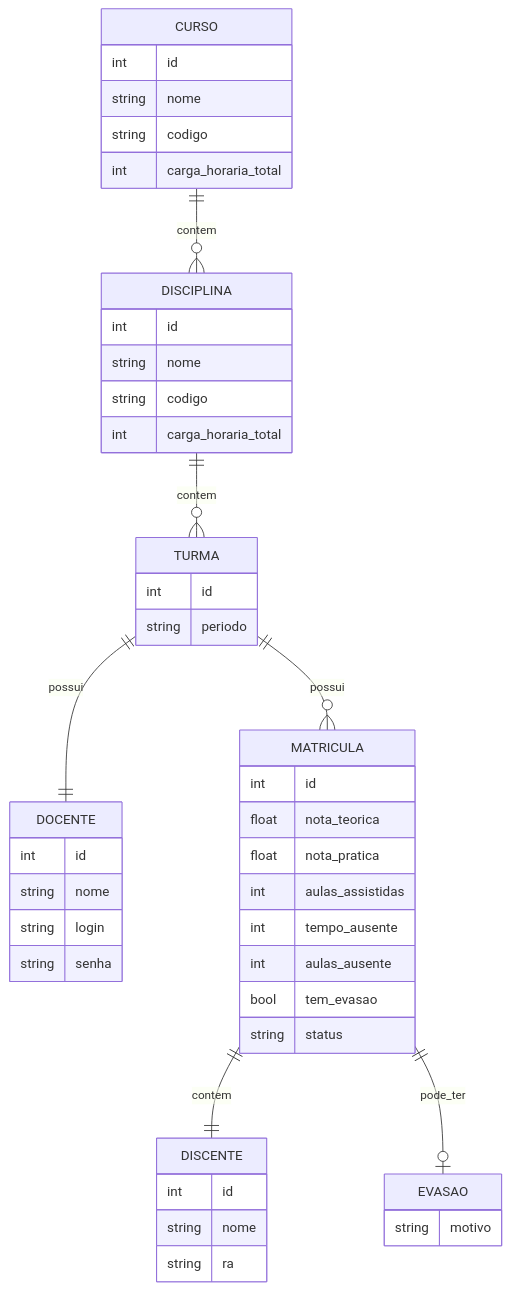
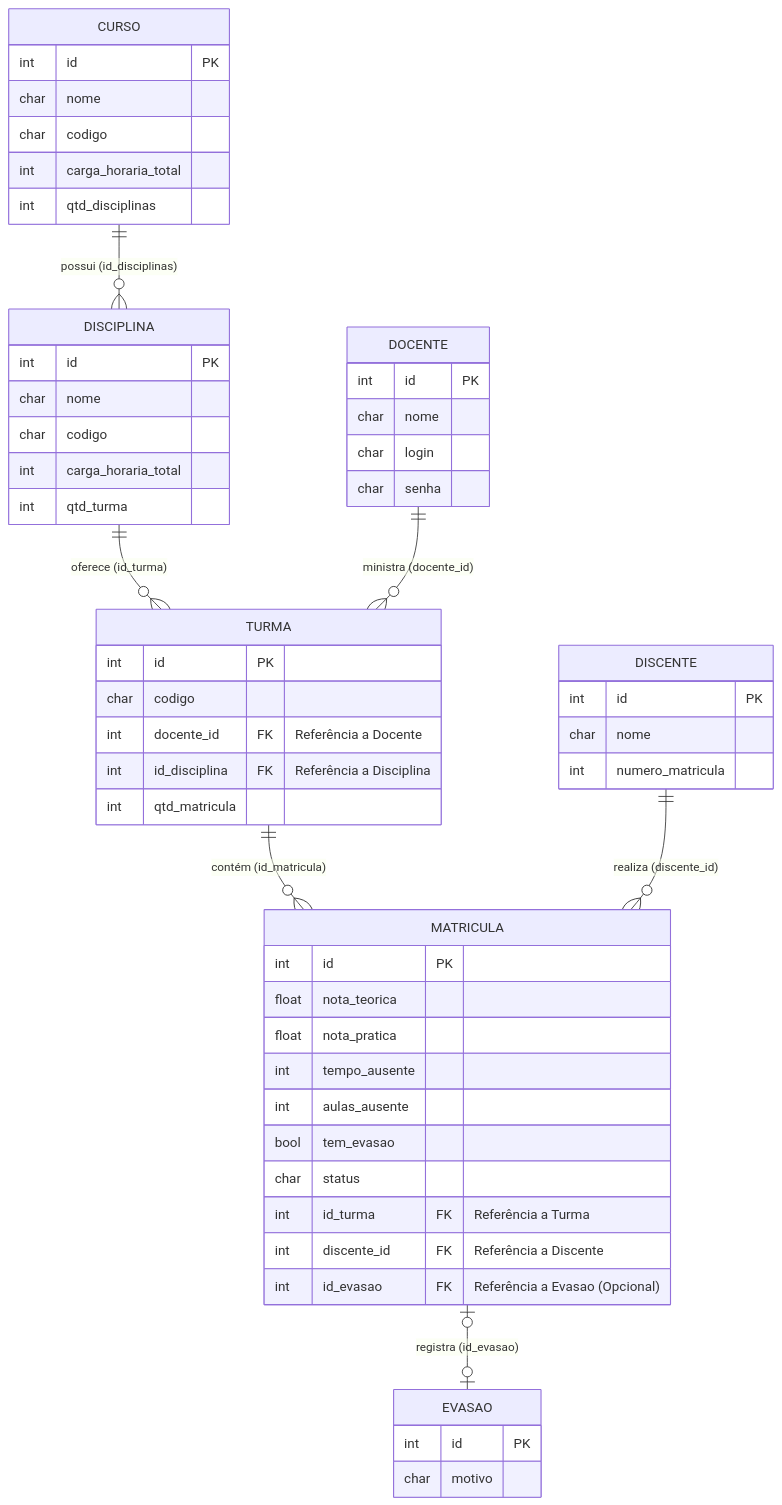
Before and after one commit to JVKW/DiagEPT_LP: the diagram in README.md, drawn with Mermaid. The commit also changed other lines of this file and 1 other file, not shown here.

Commit message:
update do readme e diagrama

````diff
--- a/README.md
+++ b/README.md
@@ -20,56 +63,67 @@
 ```mermaid
 erDiagram
-    CURSO ||--o{ DISCIPLINA : contem
-    DISCIPLINA ||--o{ TURMA : contem
-    TURMA ||--|| DOCENTE : possui
-    TURMA ||--o{ MATRICULA : possui
-    MATRICULA ||--|| DISCENTE : contem
-    MATRICULA ||--o| EVASAO : pode_ter
+    CURSO {
+        int id PK
+        char nome
+        char codigo
+        int carga_horaria_total
+        int qtd_disciplinas
+    }
 
-    CURSO {
-        int id
-        string nome
-        string codigo
+    DISCIPLINA {
+        int id PK
+        char nome
+        char codigo
         int carga_horaria_total
+        int qtd_turma
     }
-    DISCIPLINA {
-        int id
-        string nome
-        string codigo
-        int carga_horaria_total
+
+    DOCENTE {
+        int id PK
+        char nome
+        char login
+        char senha
     }
 
     TURMA {
-        int id
-        string periodo
+        int id PK
+        char codigo
+        int docente_id FK "Referência a Docente"
+        int id_disciplina FK "Referência a Disciplina"
+        int qtd_matricula
     }
 
-    DOCENTE {
-        int id
-        string nome
-        string login
-        string senha
+    DISCENTE {
+        int id PK
+        char nome
+        int numero_matricula
     }
 
     MATRICULA {
-        int id
+        int id PK
         float nota_teorica
         float nota_pratica
-        int aulas_assistidas
         int tempo_ausente
         int aulas_ausente
         bool tem_evasao
-        string status
-    }
-
-    DISCENTE {
-        int id
-        string nome
-        string ra
+        char status
+        int id_turma FK "Referência a Turma"
+        int discente_id FK "Referência a Discente"
+        int id_evasao FK "Referência a Evasao (Opcional)"
     }
 
     EVASAO {
-        string motivo
+        int id PK
+        char motivo
     }
 
+   
+
+    CURSO ||--o{ DISCIPLINA : "possui (id_disciplinas)"
+    DISCIPLINA ||--o{ TURMA : "oferece (id_turma)"
+    DOCENTE ||--o{ TURMA : "ministra (docente_id)"
+    TURMA ||--o{ MATRICULA : "contém (id_matricula)"
+    DISCENTE ||--o{ MATRICULA : "realiza (discente_id)"
+    MATRICULA |o--o| EVASAO : "registra (id_evasao)"
+
 ```
````
